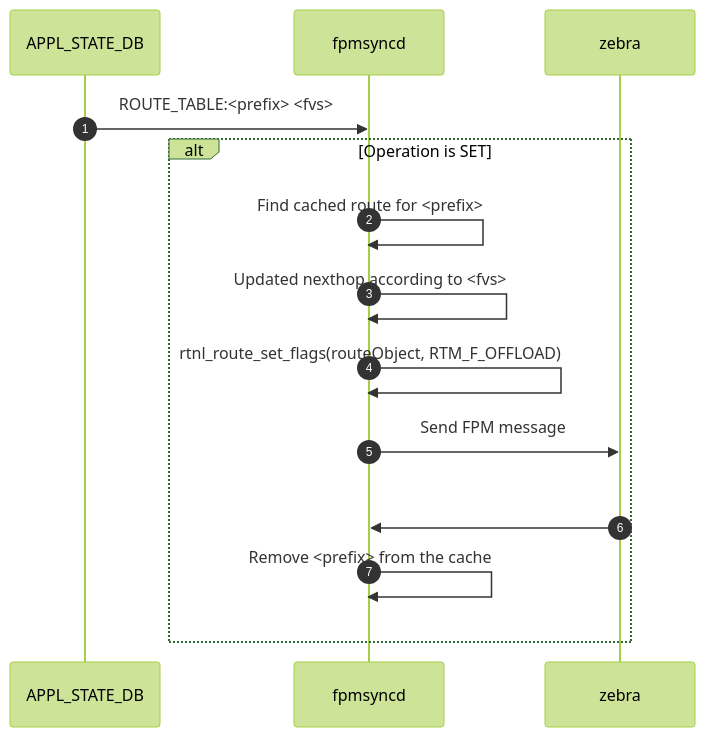
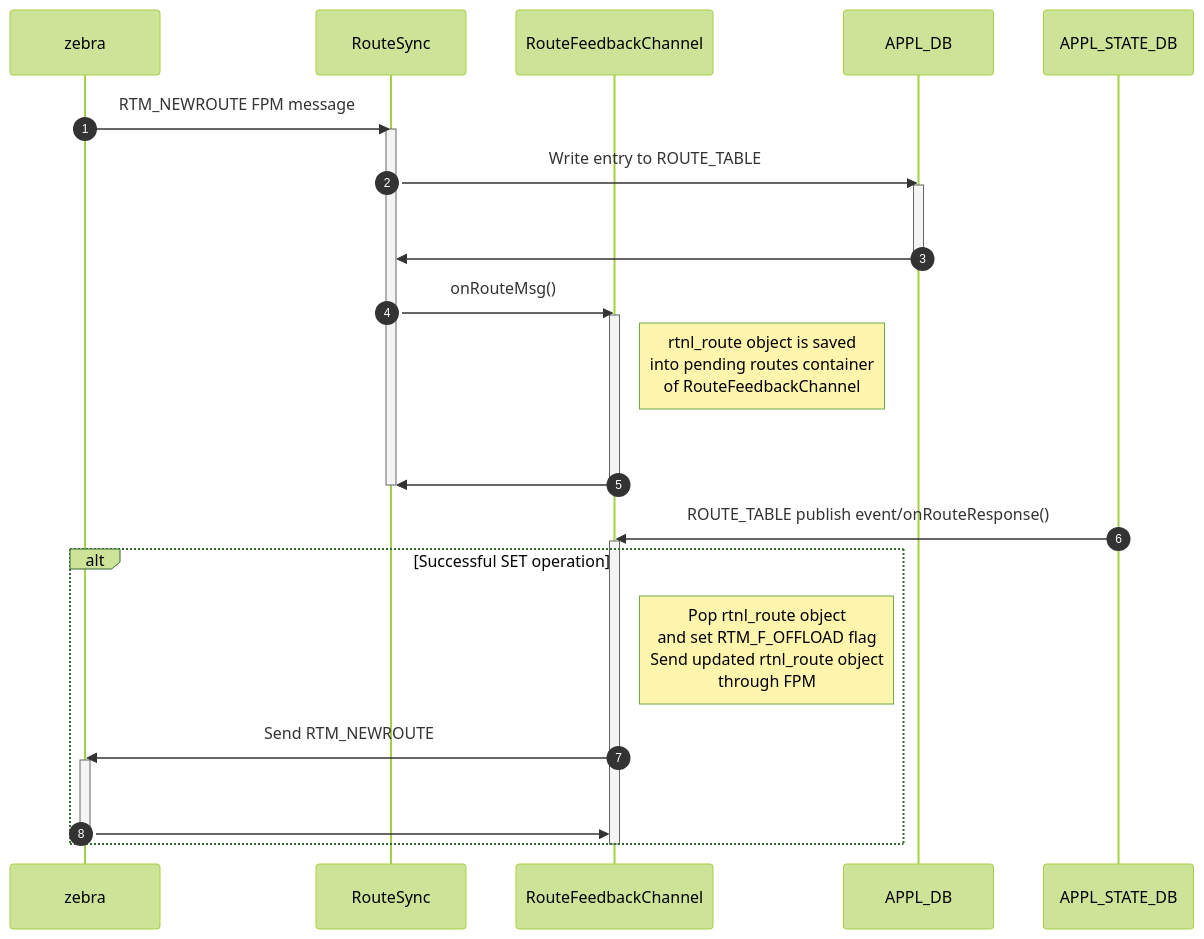
Before and after one commit to sonic-net/SONiC: the fourth of 5 diagrams in doc/BGP/BGP-supress-fib-pending.md, drawn with Mermaid. The commit also changed other lines of this file, not shown here.

````diff
--- a/doc/BGP/BGP-supress-fib-pending.md
+++ b/doc/BGP/BGP-supress-fib-pending.md
@@ -658,25 +668,45 @@
 ```mermaid
 %%{
   init: {
     "theme": "forest",
     "sequence": {
       "rightAngles": true,
       "showSequenceNumbers": true
     }
   }
 }%%
 sequenceDiagram
+  participant zebra
+  participant RouteSync
+  participant RouteFeedbackChannel
+  participant APPL_DB
   participant APPL_STATE_DB
-  participant fpmsyncd
-  participant zebra
 
-  APPL_STATE_DB ->> fpmsyncd: ROUTE_TABLE:<prefix> <fvs>
-  alt Operation is SET
-    fpmsyncd ->> fpmsyncd: Find cached route for <prefix>
-    fpmsyncd ->> fpmsyncd: Updated nexthop according to <fvs>
-    fpmsyncd ->> fpmsyncd: rtnl_route_set_flags(routeObject, RTM_F_OFFLOAD)
-    fpmsyncd ->> zebra: Send FPM message
-    zebra ->> fpmsyncd: <br>
-    fpmsyncd ->> fpmsyncd: Remove <prefix> from the cache
+
+  zebra ->> RouteSync: RTM_NEWROUTE FPM message
+  activate RouteSync
+  RouteSync ->> APPL_DB: Write entry to ROUTE_TABLE
+  activate APPL_DB
+  APPL_DB ->> RouteSync: <br>
+  deactivate APPL_DB
+
+  RouteSync ->> RouteFeedbackChannel: onRouteMsg()
+  activate RouteFeedbackChannel
+  Note right of RouteFeedbackChannel: rtnl_route object is saved <br>into pending routes container<br> of RouteFeedbackChannel
+  RouteFeedbackChannel ->> RouteSync: <br>
+  deactivate RouteFeedbackChannel
+
+  deactivate RouteSync
+
+  APPL_STATE_DB ->> RouteFeedbackChannel: ROUTE_TABLE publish event/onRouteResponse()
+  activate RouteFeedbackChannel
+  alt Successful SET operation
+    Note right of RouteFeedbackChannel: Pop rtnl_route object <br>and set RTM_F_OFFLOAD flag<br>Send updated rtnl_route object <br>through FPM
+    RouteFeedbackChannel ->> zebra: Send RTM_NEWROUTE
+    activate zebra
+    zebra ->> RouteFeedbackChannel: <br>
+    deactivate zebra
   end
+  deactivate RouteFeedbackChannel
+
 ```
````
